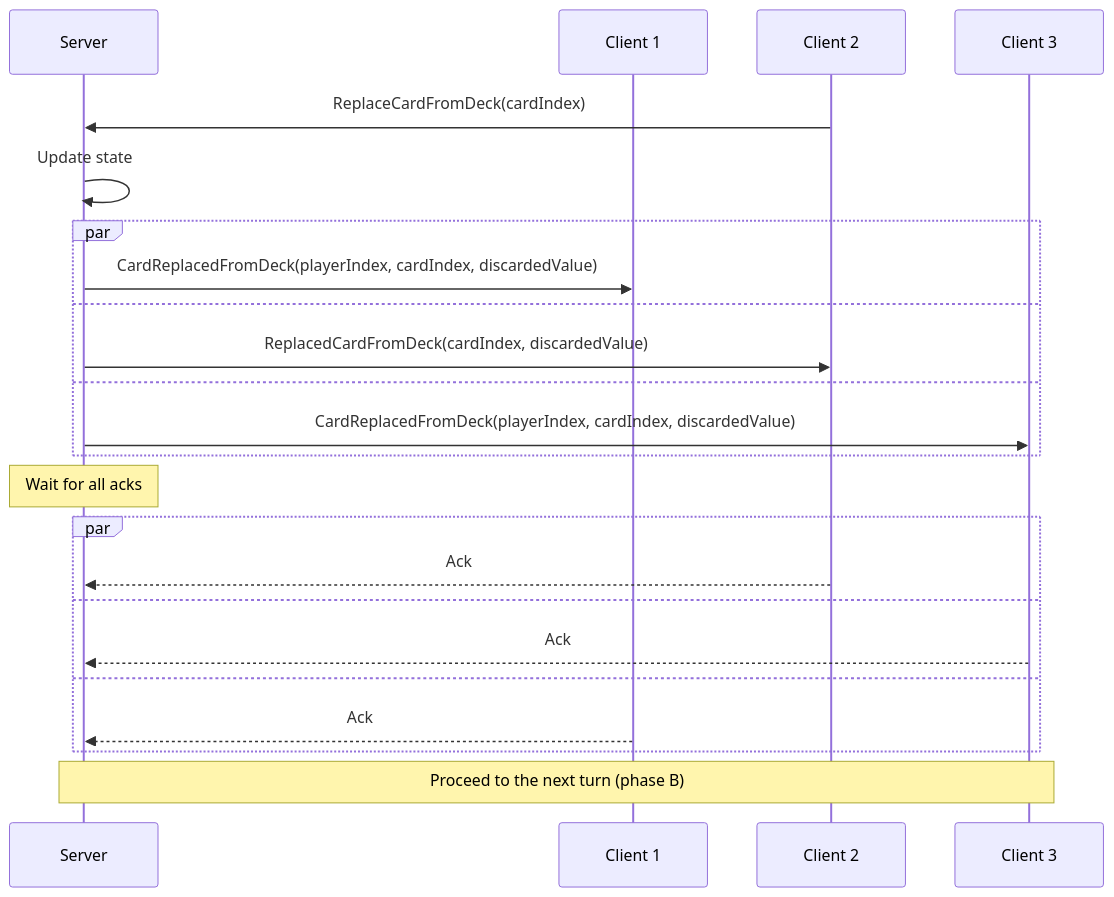
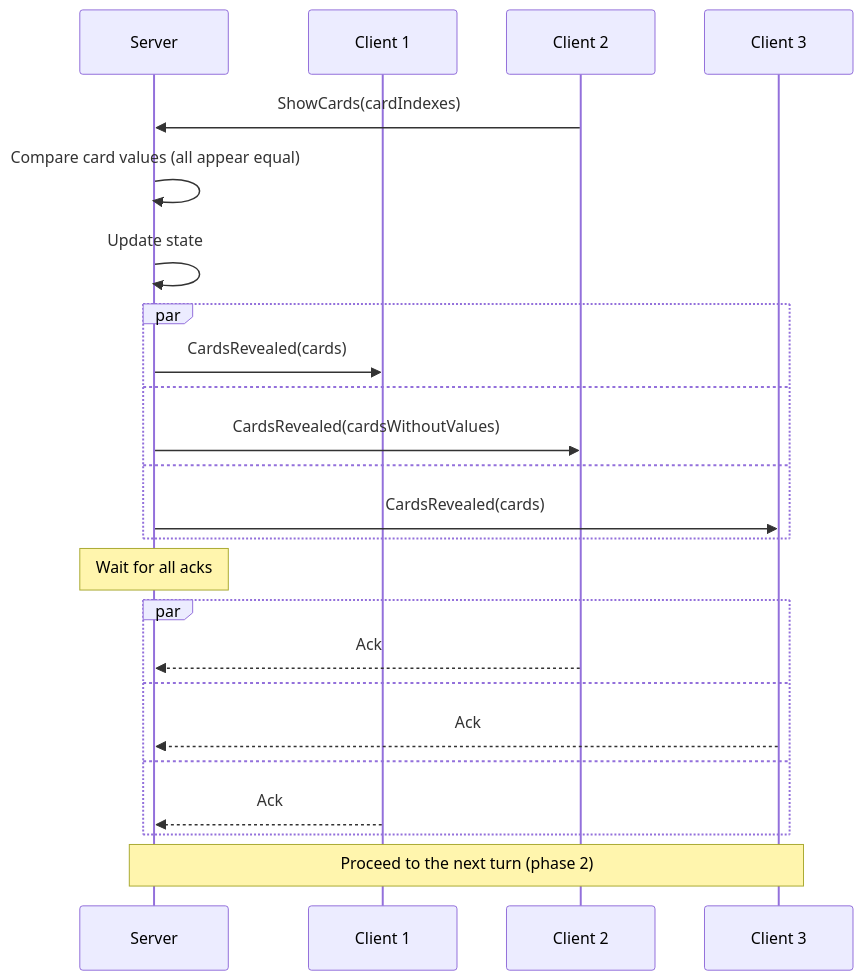
One commit to roman-zubarevich/another changed the ninth of 15 diagrams in README.md. Above: the diagram before and after it, drawn with Mermaid. The commit also changed other lines of this file, not shown here.

````diff
--- a/README.md
+++ b/README.md
@@ -255,25 +261,26 @@
 ```mermaid
 sequenceDiagram
     participant S as Server
     participant C1 as Client 1
     participant C2 as Client 2
     participant C3 as Client 3
-    C2->>S: ReplaceCardFromDeck(cardIndex)
+    C2->>S: ShowCards(cardIndexes)
+    S->>S: Compare card values (all appear equal)
     S->>S: Update state
     par
-        S->>C1: CardReplacedFromDeck(playerIndex, cardIndex, discardedValue)
+        S->>C1: CardsRevealed(cards)
     and
-        S->>C2: ReplacedCardFromDeck(cardIndex, discardedValue)
+        S->>C2: CardsRevealed(cardsWithoutValues)
     and
-        S->>C3: CardReplacedFromDeck(playerIndex, cardIndex, discardedValue)
+        S->>C3: CardsRevealed(cards)
     end
     Note over S: Wait for all acks
     par
         C2-->>S: Ack
     and
         C3-->>S: Ack
     and
         C1-->>S: Ack
     end
-    Note over S,C3: Proceed to the next turn (phase B)
+    Note over S,C3: Proceed to the next turn (phase 2)
 ```
````
